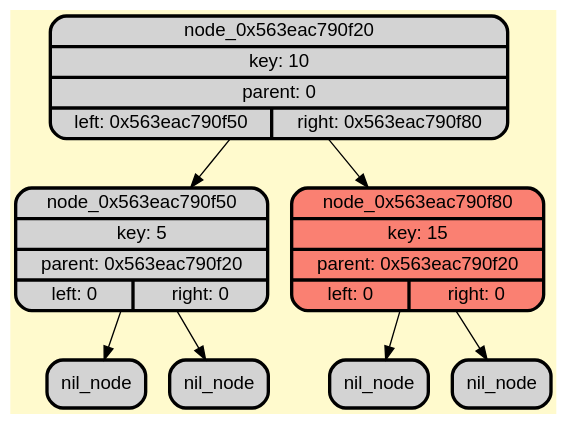
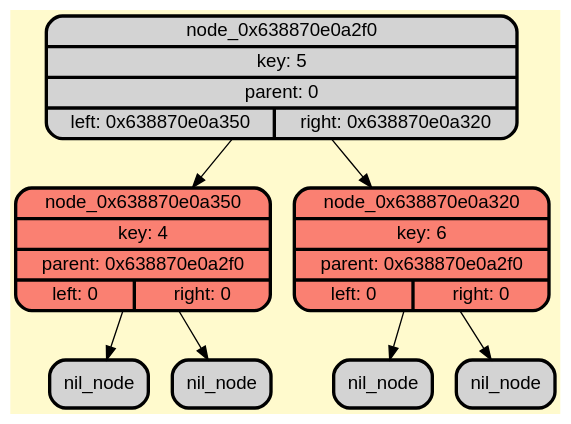
Before and after one commit to RTCupid/Range_queries: the diagram in dump/graph_dump.gv, drawn with Graphviz. The commit also changed 4 other files, not shown here.

```diff
--- a/dump/graph_dump.gv
+++ b/dump/graph_dump.gv
@@ -1,20 +1,20 @@
 digraph G {
     rankdir=TB;
     node [style=filled, fontname="Helvetica", fontcolor=darkblue, fillcolor=peachpuff, color="#252A34", penwidth=2.5];
     bgcolor="lemonchiffon";
 
-    node_0x563eac790f20[shape=Mrecord; style=filled; fillcolor=lightgray; color="#000000"; fontcolor="#000000"; label="{ node_0x563eac790f20 | key: 10 | parent: 0| { left: 0x563eac790f50 | right: 0x563eac790f80 } }"];
-    node_0x563eac790f50[shape=Mrecord; style=filled; fillcolor=lightgray; color="#000000"; fontcolor="#000000"; label="{ node_0x563eac790f50 | key: 5 | parent: 0x563eac790f20| { left: 0 | right: 0 } }"];
-    node_0x563eac790f80[shape=Mrecord; style=filled; fillcolor=salmon; color="#000000"; fontcolor="#000000"; label="{ node_0x563eac790f80 | key: 15 | parent: 0x563eac790f20| { left: 0 | right: 0 } }"];
+    node_0x638870e0a2f0[shape=Mrecord; style=filled; fillcolor=lightgray; color="#000000"; fontcolor="#000000"; label="{ node_0x638870e0a2f0 | key: 5 | parent: 0| { left: 0x638870e0a350 | right: 0x638870e0a320 } }"];
+    node_0x638870e0a350[shape=Mrecord; style=filled; fillcolor=salmon; color="#000000"; fontcolor="#000000"; label="{ node_0x638870e0a350 | key: 4 | parent: 0x638870e0a2f0| { left: 0 | right: 0 } }"];
+    node_0x638870e0a320[shape=Mrecord; style=filled; fillcolor=salmon; color="#000000"; fontcolor="#000000"; label="{ node_0x638870e0a320 | key: 6 | parent: 0x638870e0a2f0| { left: 0 | right: 0 } }"];
 
-    node_0x563eac790f20 -> node_0x563eac790f50;
-    node_0x563eac790f20 -> node_0x563eac790f80;
-    nil_0x563eac790f50_L [shape=Mrecord; style=filled; fillcolor=lightgray; color="#000000"; fontcolor="#000000"; label="nil_node"];
-    node_0x563eac790f50 -> nil_0x563eac790f50_L;
-    nil_0x563eac790f50_R [shape=Mrecord; style=filled; fillcolor=lightgray; color="#000000"; fontcolor="#000000"; label="nil_node"];
-    node_0x563eac790f50 -> nil_0x563eac790f50_R;
-    nil_0x563eac790f80_L [shape=Mrecord; style=filled; fillcolor=lightgray; color="#000000"; fontcolor="#000000"; label="nil_node"];
-    node_0x563eac790f80 -> nil_0x563eac790f80_L;
-    nil_0x563eac790f80_R [shape=Mrecord; style=filled; fillcolor=lightgray; color="#000000"; fontcolor="#000000"; label="nil_node"];
-    node_0x563eac790f80 -> nil_0x563eac790f80_R;
+    node_0x638870e0a2f0 -> node_0x638870e0a350;
+    node_0x638870e0a2f0 -> node_0x638870e0a320;
+    nil_0x638870e0a350_L [shape=Mrecord; style=filled; fillcolor=lightgray; color="#000000"; fontcolor="#000000"; label="nil_node"];
+    node_0x638870e0a350 -> nil_0x638870e0a350_L;
+    nil_0x638870e0a350_R [shape=Mrecord; style=filled; fillcolor=lightgray; color="#000000"; fontcolor="#000000"; label="nil_node"];
+    node_0x638870e0a350 -> nil_0x638870e0a350_R;
+    nil_0x638870e0a320_L [shape=Mrecord; style=filled; fillcolor=lightgray; color="#000000"; fontcolor="#000000"; label="nil_node"];
+    node_0x638870e0a320 -> nil_0x638870e0a320_L;
+    nil_0x638870e0a320_R [shape=Mrecord; style=filled; fillcolor=lightgray; color="#000000"; fontcolor="#000000"; label="nil_node"];
+    node_0x638870e0a320 -> nil_0x638870e0a320_R;
 }
```
